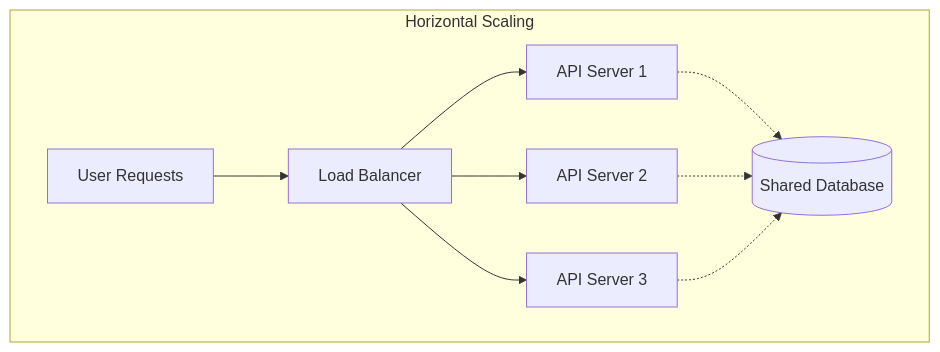
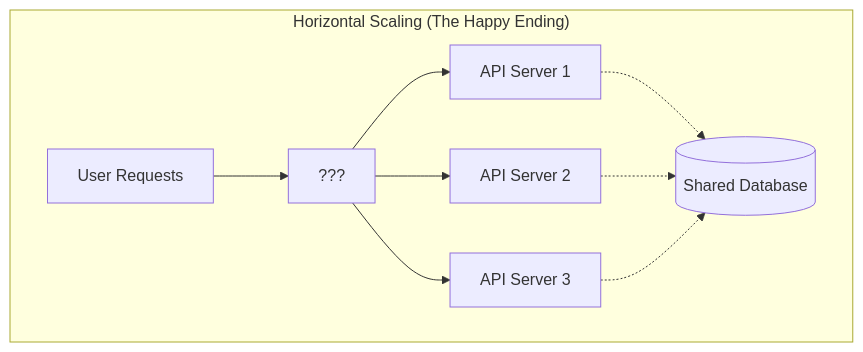
One commit to Param-Harrison/ebook-writer changed diagram 19 of 50 in books/know-the-why.md. Above: the diagram before and after it, drawn with Mermaid. The commit also changed other lines of this file and 56 other files, not shown here.

````diff
--- a/books/know-the-why.md
+++ b/books/know-the-why.md
@@ -4501,20 +1141,20 @@
 ```mermaid
 graph TB
-    subgraph Horizontal_Scaling["Horizontal Scaling"]
+    subgraph Horizontal_Scaling["Horizontal Scaling (The Happy Ending)"]
         User[User Requests]
-        LB[Load Balancer]
+        LB[???]
         S1[API Server 1]
         S2[API Server 2]
         S3[API Server 3]
         DB[(Shared Database)]
 
         User --> LB
         LB --> S1
         LB --> S2
         LB --> S3
 
         S1 -.-> DB
         S2 -.-> DB
         S3 -.-> DB
     end
 ```
````
